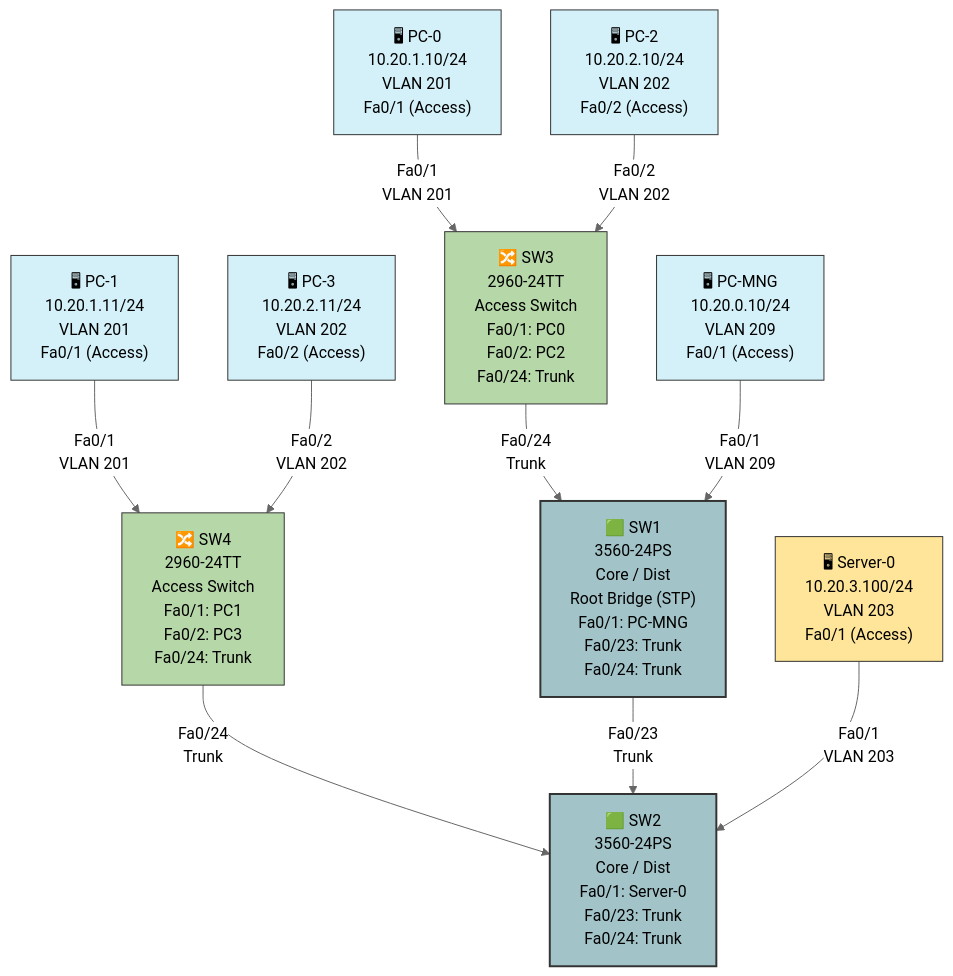
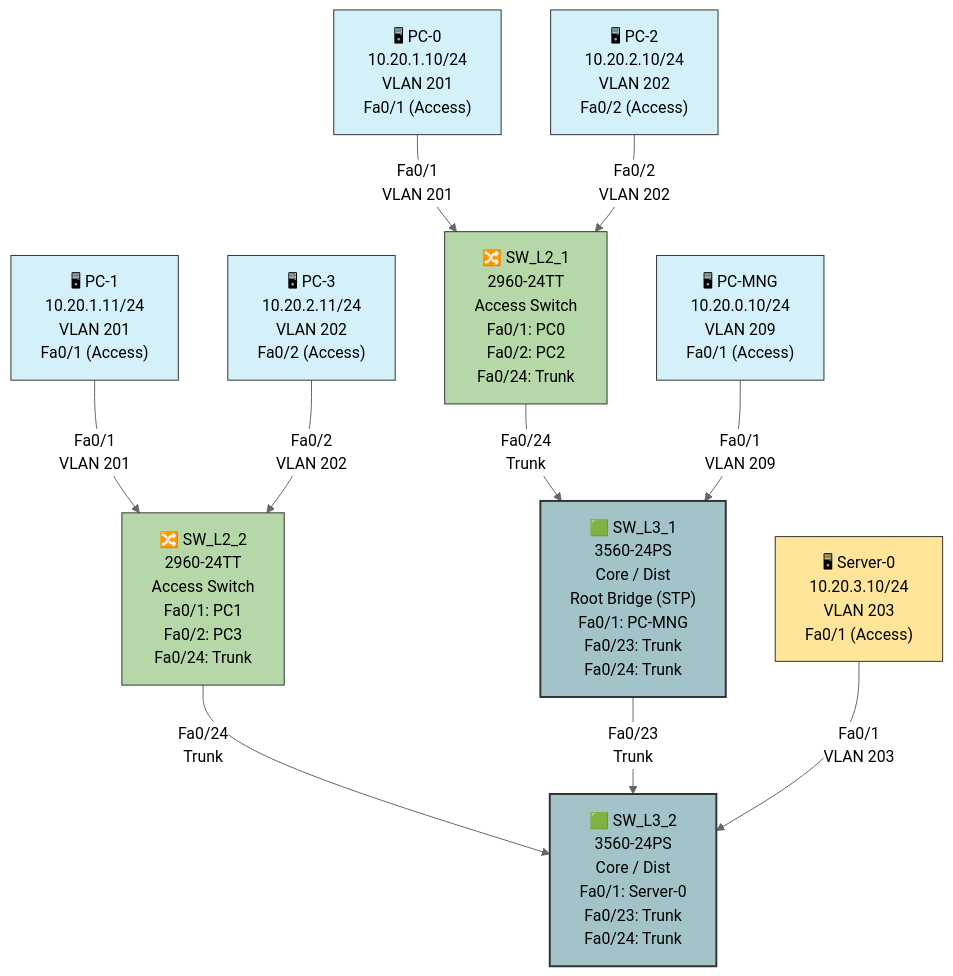
The diagram in Project/part3.md (Haapsalu-Kutsehariduskeskus/av), drawn with Mermaid (neutral theme) before and after one commit. The commit also changed other lines of this file and 1 other file, not shown here.

````diff
--- a/Project/part3.md
+++ b/Project/part3.md
@@ -8,53 +8,52 @@
 ```mermaid
 graph TD
 
 %% === PCs ===
     MNG["🖥 PC-MNG<br/>10.20.0.10/24<br/>VLAN 209<br/>Fa0/1 (Access)"]:::pc
     PC0["🖥 PC-0<br/>10.20.1.10/24<br/>VLAN 201<br/>Fa0/1 (Access)"]:::pc
     PC2["🖥 PC-2<br/>10.20.2.10/24<br/>VLAN 202<br/>Fa0/2 (Access)"]:::pc
     PC1["🖥 PC-1<br/>10.20.1.11/24<br/>VLAN 201<br/>Fa0/1 (Access)"]:::pc
     PC3["🖥 PC-3<br/>10.20.2.11/24<br/>VLAN 202<br/>Fa0/2 (Access)"]:::pc
 
 %% === Server ===
-    SERVER["🖥 Server-0<br/>10.20.3.100/24<br/>VLAN 203<br/>Fa0/1 (Access)"]:::server
+    SERVER["🖥 Server-0<br/>10.20.3.10/24<br/>VLAN 203<br/>Fa0/1 (Access)"]:::server
 
 %% === Access Switches ===
-    SW3["🔀 SW3<br/>2960-24TT<br/>Access Switch<br/>Fa0/1: PC0<br/>Fa0/2: PC2<br/>Fa0/24: Trunk"]:::accessSwitch
-    SW4["🔀 SW4<br/>2960-24TT<br/>Access Switch<br/>Fa0/1: PC1<br/>Fa0/2: PC3<br/>Fa0/24: Trunk"]:::accessSwitch
+    SW3["🔀 SW_L2_1<br/>2960-24TT<br/>Access Switch<br/>Fa0/1: PC0<br/>Fa0/2: PC2<br/>Fa0/24: Trunk"]:::accessSwitch
+    SW4["🔀 SW_L2_2<br/>2960-24TT<br/>Access Switch<br/>Fa0/1: PC1<br/>Fa0/2: PC3<br/>Fa0/24: Trunk"]:::accessSwitch
 
 %% === Distribution Switches ===
-    SW1["🟩 SW1<br/>3560-24PS<br/>Core / Dist<br/>Root Bridge (STP)<br/>Fa0/1: PC-MNG<br/>Fa0/23: Trunk<br/>Fa0/24: Trunk"]:::coreSwitch
-    SW2["🟩 SW2<br/>3560-24PS<br/>Core / Dist<br/>Fa0/1: Server-0<br/>Fa0/23: Trunk<br/>Fa0/24: Trunk"]:::coreSwitch
+    SW1["🟩 SW_L3_1<br/>3560-24PS<br/>Core / Dist<br/>Root Bridge (STP)<br/>Fa0/1: PC-MNG<br/>Fa0/23: Trunk<br/>Fa0/24: Trunk"]:::coreSwitch
+    SW2["🟩 SW_L3_2<br/>3560-24PS<br/>Core / Dist<br/>Fa0/1: Server-0<br/>Fa0/23: Trunk<br/>Fa0/24: Trunk"]:::coreSwitch
 
 %% === Connections ===
 
     %% Access layer
     PC0 -->|Fa0/1<br/>VLAN 201| SW3
     PC2 -->|Fa0/2<br/>VLAN 202| SW3
 
     PC1 -->|Fa0/1<br/>VLAN 201| SW4
     PC3 -->|Fa0/2<br/>VLAN 202| SW4
 
     %% Trunks from access to core
     SW3 -->|Fa0/24<br/>Trunk| SW1
     SW4 -->|Fa0/24<br/>Trunk| SW2
 
     %% Trunk between distribution switches (redundant link)
     SW1 -->|Fa0/23<br/>Trunk| SW2
 
     %% Management + Server
     MNG -->|Fa0/1<br/>VLAN 209| SW1
     SERVER -->|Fa0/1<br/>VLAN 203| SW2
 
 %% === Styling ===
     classDef pc fill:#d4f1f9,stroke:#333,stroke-width:1px;
     classDef server fill:#ffe599,stroke:#333,stroke-width:1px;
     classDef accessSwitch fill:#b6d7a8,stroke:#333,stroke-width:1px;
     classDef coreSwitch fill:#a2c4c9,stroke:#333,stroke-width:2px;
 
     class MNG,PC0,PC1,PC2,PC3 pc;
     class SERVER server;
     class SW3,SW4 accessSwitch;
     class SW1,SW2 coreSwitch;
-
 ```
````
